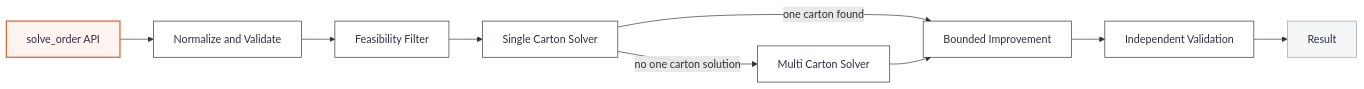
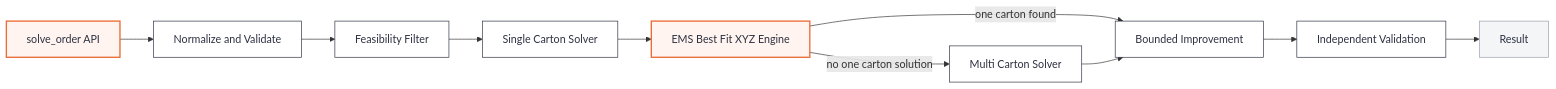
One commit to Voycepeh/ihubsolutions-capstone-project changed the diagram in README.md. Above: the diagram before and after it, drawn with Mermaid. The commit also changed other lines of this file, not shown here.

Commit message:
Align README with EMS best-fit solver

````diff
--- a/README.md
+++ b/README.md
@@ -31,24 +31,25 @@
 ```mermaid
 flowchart LR
     A[solve_order API]
     B[Normalize and Validate]
     C[Feasibility Filter]
     D[Single Carton Solver]
-    E[Multi Carton Solver]
-    F[Bounded Improvement]
-    G[Independent Validation]
-    H[Result]
+    E[EMS Best Fit XYZ Engine]
+    F[Multi Carton Solver]
+    G[Bounded Improvement]
+    H[Independent Validation]
+    I[Result]
 
-    A --> B --> C --> D
-    D -->|one carton found| F
-    D -->|no one carton solution| E --> F
-    F --> G --> H
+    A --> B --> C --> D --> E
+    E -->|one carton found| G
+    E -->|no one carton solution| F --> G
+    G --> H --> I
 
     classDef focal fill:#fff4ef,stroke:#eb6c36,stroke-width:2px,color:#2d3142;
     classDef standard fill:#ffffff,stroke:#2d3142,stroke-width:1px,color:#2d3142;
     classDef input fill:#f3f5f7,stroke:#9aa1ac,stroke-width:1px,color:#2d3142;
 
-    class A focal;
-    class B,C,D,E,F,G standard;
-    class H input;
+    class A,E focal;
+    class B,C,D,F,G,H standard;
+    class I input;
 ```
````
